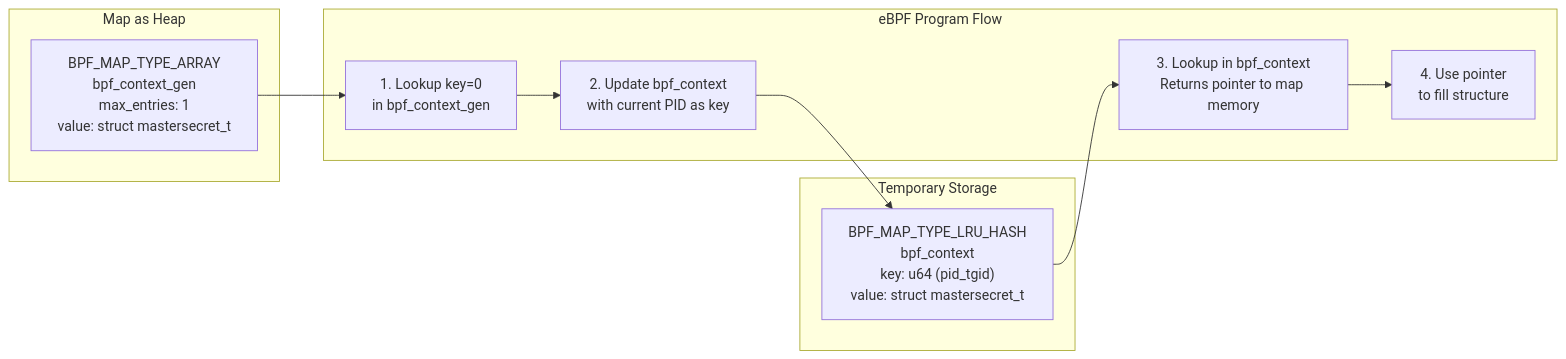
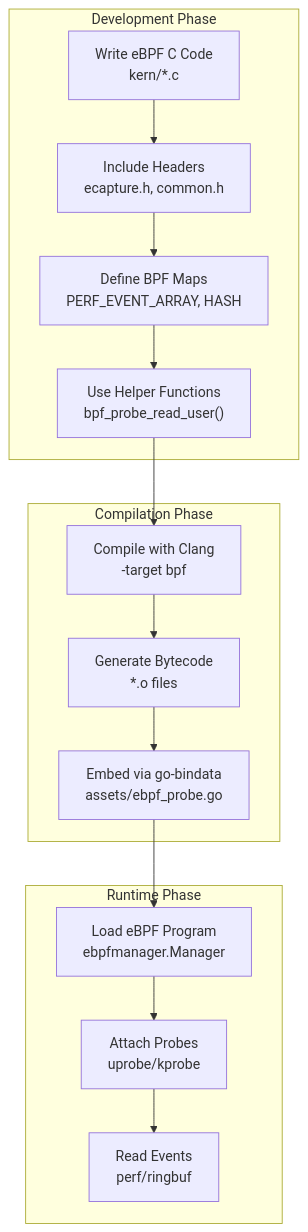
Before and after one commit to gojue/ecapture.cc: the first of 3 diagrams in src/en/5-development-guide/5.2-ebpf-program-development.md, drawn with Mermaid. The commit also changed other lines of this file and 115 other files, not shown here.

````diff
--- a/src/en/5-development-guide/5.2-ebpf-program-development.md
+++ b/src/en/5-development-guide/5.2-ebpf-program-development.md
@@ -314,23 +41,31 @@
 ```mermaid
-graph LR
-    subgraph "Map as Heap"
-        ARRAY_MAP["BPF_MAP_TYPE_ARRAY<br/>bpf_context_gen<br/>max_entries: 1<br/>value: struct mastersecret_t"]
+graph TB
+    subgraph "Development Phase"
+        WRITE["Write eBPF C Code<br/>kern/*.c"]
+        HEADERS["Include Headers<br/>ecapture.h, common.h"]
+        MAPS["Define BPF Maps<br/>PERF_EVENT_ARRAY, HASH"]
+        HELPERS["Use Helper Functions<br/>bpf_probe_read_user()"]
     end
     
-    subgraph "Temporary Storage"
-        HASH_MAP["BPF_MAP_TYPE_LRU_HASH<br/>bpf_context<br/>key: u64 (pid_tgid)<br/>value: struct mastersecret_t"]
+    subgraph "Compilation Phase"
+        CLANG["Compile with Clang<br/>-target bpf"]
+        BYTECODE["Generate Bytecode<br/>*.o files"]
+        EMBED["Embed via go-bindata<br/>assets/ebpf_probe.go"]
     end
     
-    subgraph "eBPF Program Flow"
-        LOOKUP1["1. Lookup key=0<br/>in bpf_context_gen"]
-        UPDATE["2. Update bpf_context<br/>with current PID as key"]
-        LOOKUP2["3. Lookup in bpf_context<br/>Returns pointer to map memory"]
-        USE["4. Use pointer<br/>to fill structure"]
+    subgraph "Runtime Phase"
+        LOAD["Load eBPF Program<br/>ebpfmanager.Manager"]
+        ATTACH["Attach Probes<br/>uprobe/kprobe"]
+        READ["Read Events<br/>perf/ringbuf"]
     end
     
-    ARRAY_MAP --> LOOKUP1
-    LOOKUP1 --> UPDATE
-    UPDATE --> HASH_MAP
-    HASH_MAP --> LOOKUP2
-    LOOKUP2 --> USE
+    WRITE --> HEADERS
+    HEADERS --> MAPS
+    MAPS --> HELPERS
+    HELPERS --> CLANG
+    CLANG --> BYTECODE
+    BYTECODE --> EMBED
+    EMBED --> LOAD
+    LOAD --> ATTACH
+    ATTACH --> READ
 ```
````
